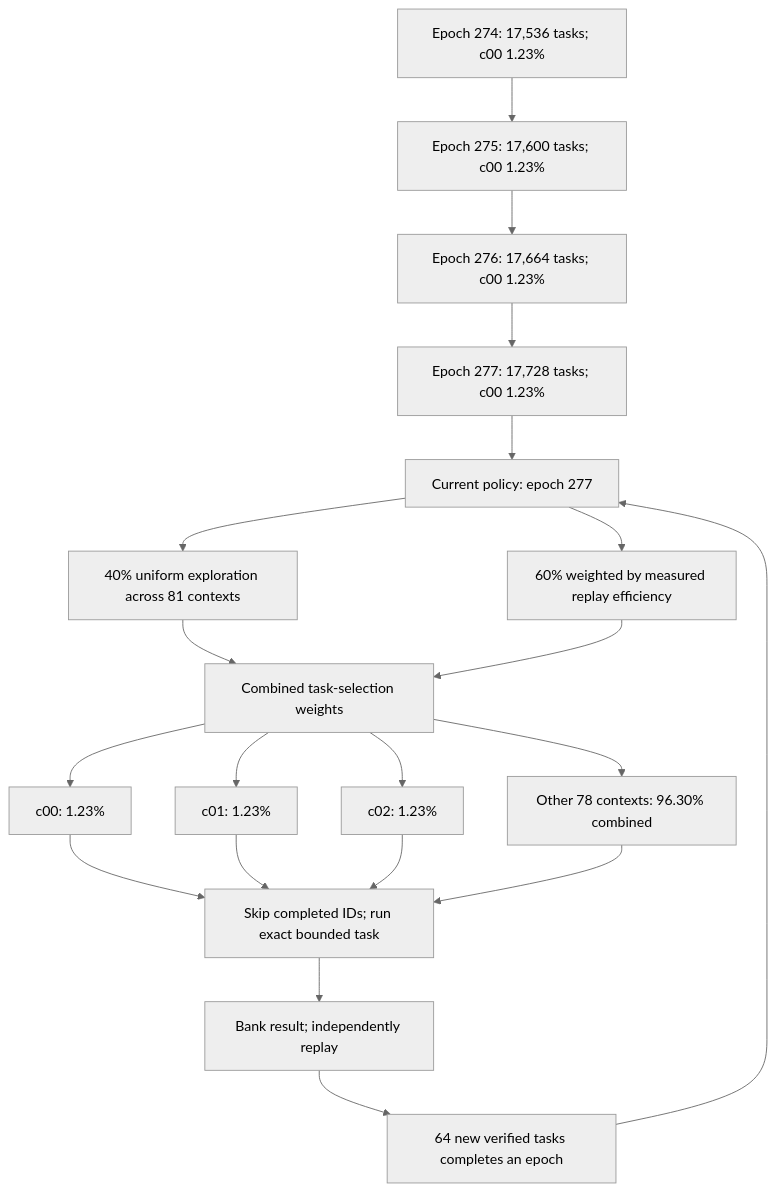
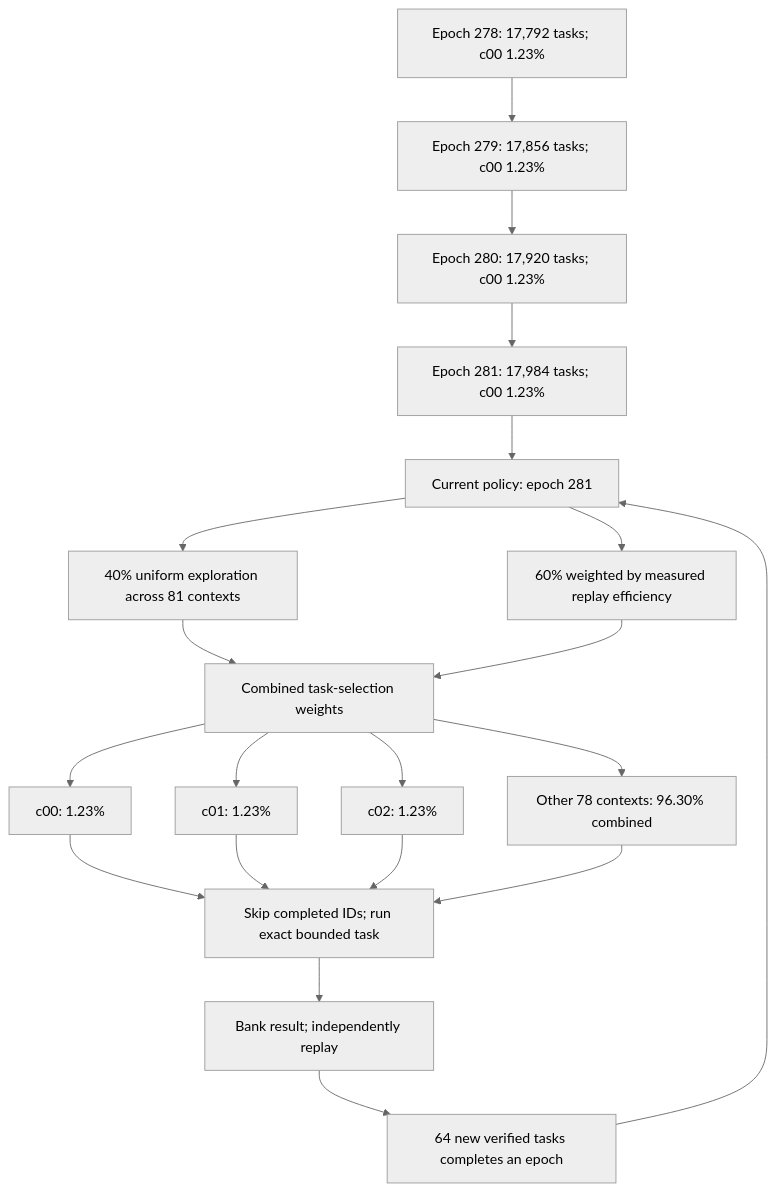
One commit to Kuberwastaken/math-gambling changed the first of 2 diagrams in README.md. Above: the diagram before and after it, drawn with Mermaid (neutral theme). The commit also changed other lines of this file and 597 other files, not shown here.

````diff
--- a/README.md
+++ b/README.md
@@ -49,27 +49,27 @@
 ```mermaid
 flowchart TD
-    H0["Epoch 274: 17,536 tasks; c00 1.23%"]
-    H1["Epoch 275: 17,600 tasks; c00 1.23%"]
+    H0["Epoch 278: 17,792 tasks; c00 1.23%"]
+    H1["Epoch 279: 17,856 tasks; c00 1.23%"]
     H0 --> H1
-    H2["Epoch 276: 17,664 tasks; c00 1.23%"]
+    H2["Epoch 280: 17,920 tasks; c00 1.23%"]
     H1 --> H2
-    H3["Epoch 277: 17,728 tasks; c00 1.23%"]
+    H3["Epoch 281: 17,984 tasks; c00 1.23%"]
     H2 --> H3
-    Policy["Current policy: epoch 277"]
+    Policy["Current policy: epoch 281"]
     H3 --> Policy
     Policy --> Explore["40% uniform exploration across 81 contexts"]
     Policy --> Cost["60% weighted by measured replay efficiency"]
     Explore --> Mix["Combined task-selection weights"]
     Cost --> Mix
     Mix --> C0["c00: 1.23%"]
     Mix --> C1["c01: 1.23%"]
     Mix --> C2["c02: 1.23%"]
     Mix --> Rest["Other 78 contexts: 96.30% combined"]
     C0 --> Check["Skip completed IDs; run exact bounded task"]
     C1 --> Check
     C2 --> Check
     Rest --> Check
     Check --> Replay["Bank result; independently replay"]
     Replay --> Gate["64 new verified tasks completes an epoch"]
     Gate --> Policy
 ```
````
